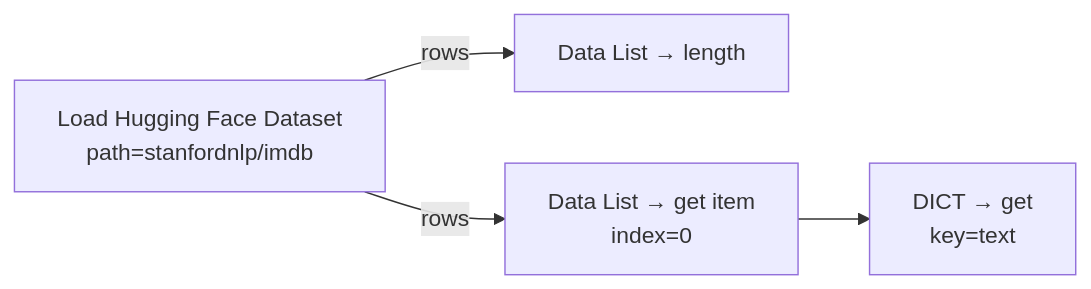
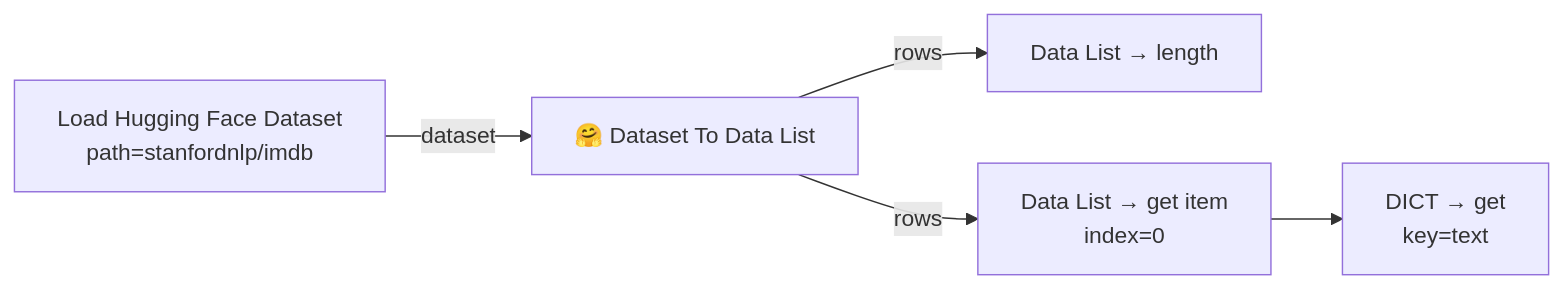
One commit to StableLlama/ComfyUI-huggingface_dataset changed the fourth of 5 diagrams in README.md. Above: the diagram before and after it, drawn with Mermaid. The commit also changed other lines of this file and 13 other files, not shown here.

````diff
--- a/README.md
+++ b/README.md
@@ -278,6 +317,7 @@
 ```mermaid
 flowchart LR
-    A[Load Hugging Face Dataset<br/>path=stanfordnlp/imdb] -->|rows| L[Data List → length]
-    A -->|rows| G[Data List → get item<br/>index=0]
+    A[Load Hugging Face Dataset<br/>path=stanfordnlp/imdb] -->|dataset| D[🤗 Dataset To Data List]
+    D -->|rows| L[Data List → length]
+    D -->|rows| G[Data List → get item<br/>index=0]
     G --> T[DICT → get<br/>key=text]
 ```
````
